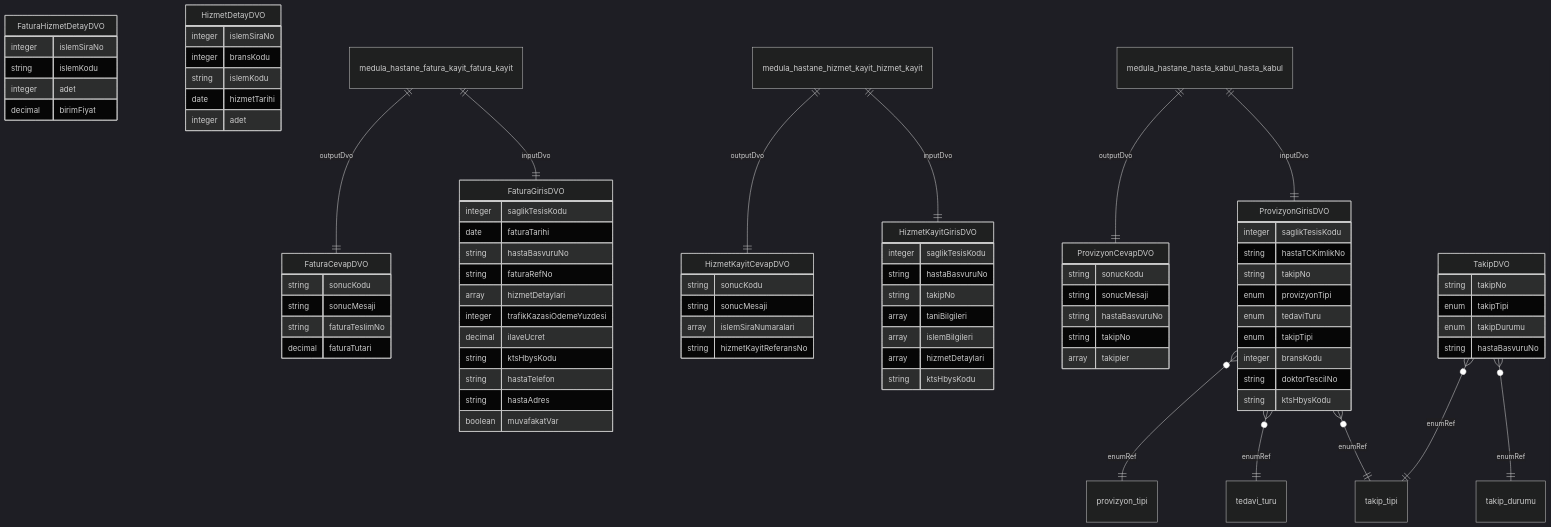
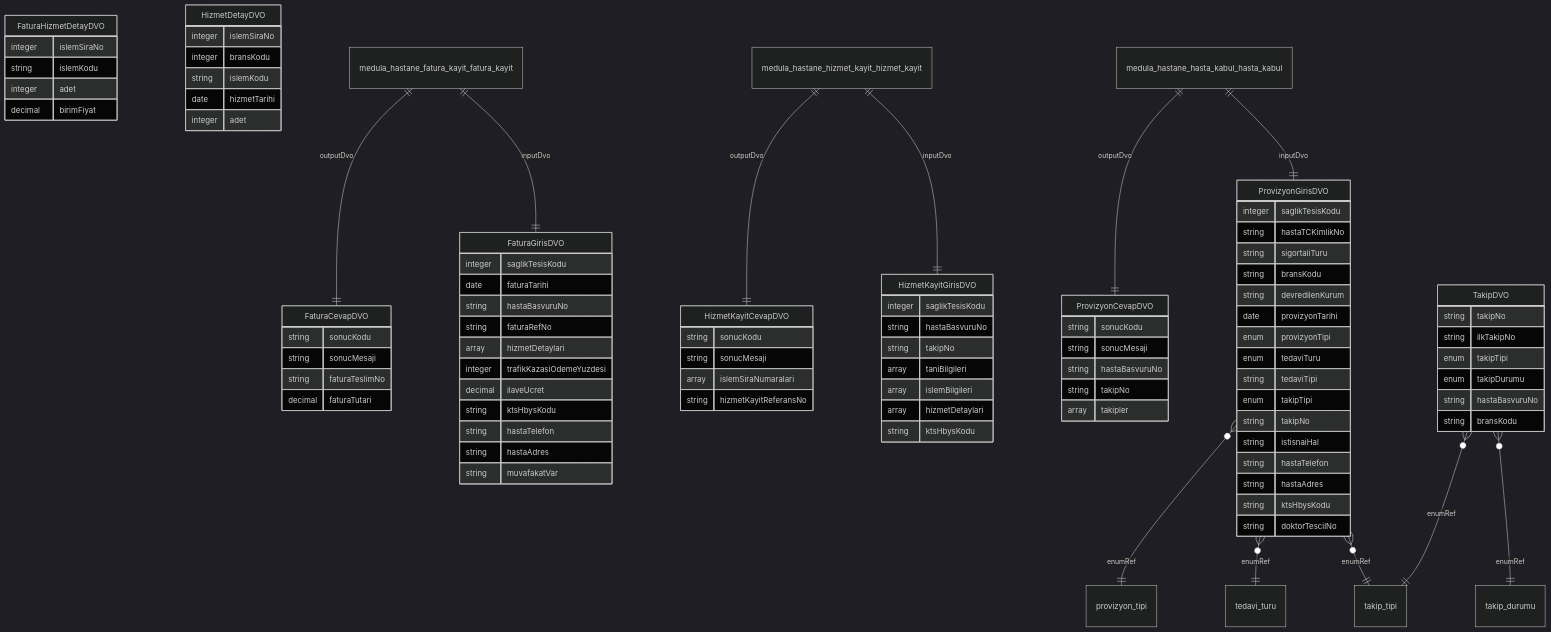
One commit to kefyusuf/claimbridge-medula-spec changed the diagram in diagrams/generated/er-diagram.mmd. Above: the diagram before and after it, drawn with Mermaid (dark theme). The commit also changed 25 other files, not shown here.

```diff
--- a/diagrams/generated/er-diagram.mmd
+++ b/diagrams/generated/er-diagram.mmd
@@ -1,85 +1,94 @@
 %% This file is generated. Do not edit manually.
 
 erDiagram
   FaturaCevapDVO {
     string sonucKodu
     string sonucMesaji
     string faturaTeslimNo
     decimal faturaTutari
   }
   FaturaGirisDVO {
     integer saglikTesisKodu
     date faturaTarihi
     string hastaBasvuruNo
     string faturaRefNo
     array hizmetDetaylari
     integer trafikKazasiOdemeYuzdesi
     decimal ilaveUcret
     string ktsHbysKodu
     string hastaTelefon
     string hastaAdres
-    boolean muvafakatVar
+    string muvafakatVar
   }
   FaturaHizmetDetayDVO {
     integer islemSiraNo
     string islemKodu
     integer adet
     decimal birimFiyat
   }
   HizmetDetayDVO {
     integer islemSiraNo
     integer bransKodu
     string islemKodu
     date hizmetTarihi
     integer adet
   }
   HizmetKayitCevapDVO {
     string sonucKodu
     string sonucMesaji
     array islemSiraNumaralari
     string hizmetKayitReferansNo
   }
   HizmetKayitGirisDVO {
     integer saglikTesisKodu
     string hastaBasvuruNo
     string takipNo
     array taniBilgileri
     array islemBilgileri
     array hizmetDetaylari
     string ktsHbysKodu
   }
   ProvizyonCevapDVO {
     string sonucKodu
     string sonucMesaji
     string hastaBasvuruNo
     string takipNo
     array takipler
   }
   ProvizyonGirisDVO {
     integer saglikTesisKodu
     string hastaTCKimlikNo
-    string takipNo
+    string sigortaliTuru
+    string bransKodu
+    string devredilenKurum
+    date provizyonTarihi
     enum provizyonTipi
     enum tedaviTuru
+    string tedaviTipi
     enum takipTipi
-    integer bransKodu
+    string takipNo
+    string istisnaiHal
+    string hastaTelefon
+    string hastaAdres
+    string ktsHbysKodu
     string doktorTescilNo
-    string ktsHbysKodu
   }
   TakipDVO {
     string takipNo
+    string ilkTakipNo
     enum takipTipi
     enum takipDurumu
     string hastaBasvuruNo
+    string bransKodu
   }
   medula_hastane_fatura_kayit_fatura_kayit ||--|| FaturaGirisDVO : inputDvo
   medula_hastane_fatura_kayit_fatura_kayit ||--|| FaturaCevapDVO : outputDvo
   medula_hastane_hasta_kabul_hasta_kabul ||--|| ProvizyonGirisDVO : inputDvo
   medula_hastane_hasta_kabul_hasta_kabul ||--|| ProvizyonCevapDVO : outputDvo
   medula_hastane_hizmet_kayit_hizmet_kayit ||--|| HizmetKayitGirisDVO : inputDvo
   medula_hastane_hizmet_kayit_hizmet_kayit ||--|| HizmetKayitCevapDVO : outputDvo
   ProvizyonGirisDVO }o--|| provizyon_tipi : enumRef
   ProvizyonGirisDVO }o--|| tedavi_turu : enumRef
   ProvizyonGirisDVO }o--|| takip_tipi : enumRef
   TakipDVO }o--|| takip_tipi : enumRef
   TakipDVO }o--|| takip_durumu : enumRef
```
